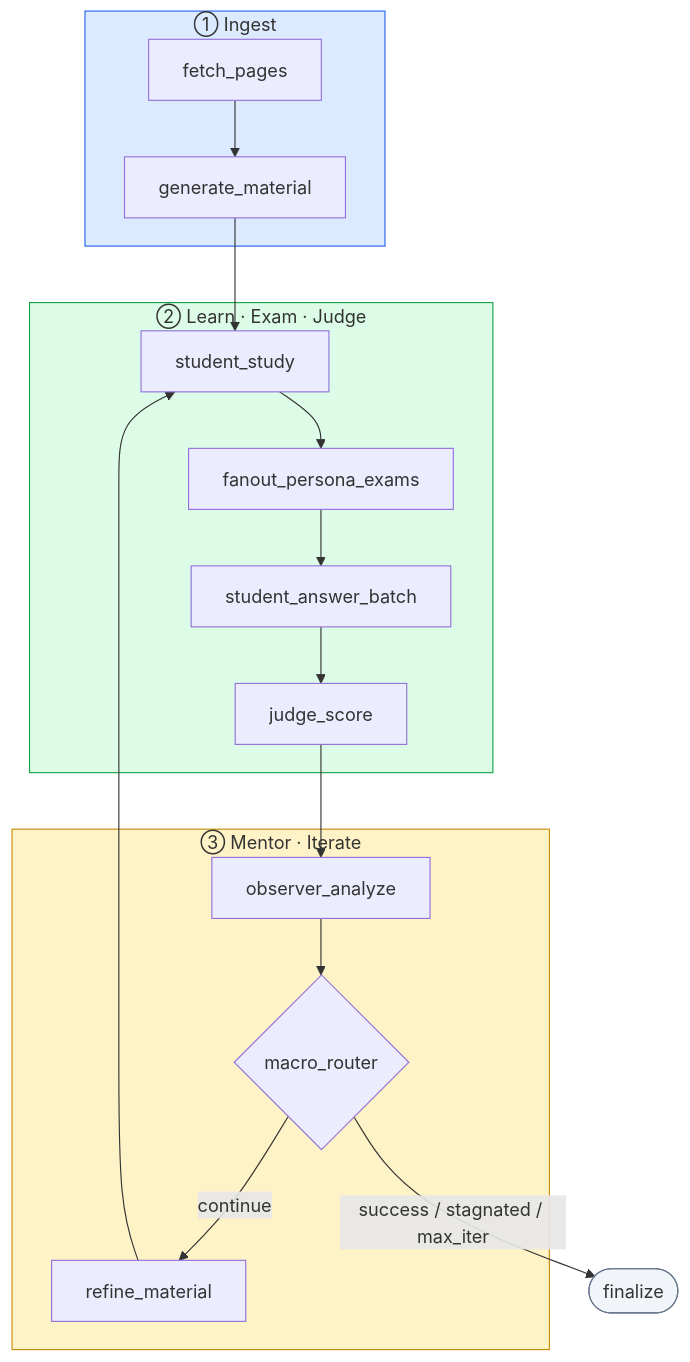
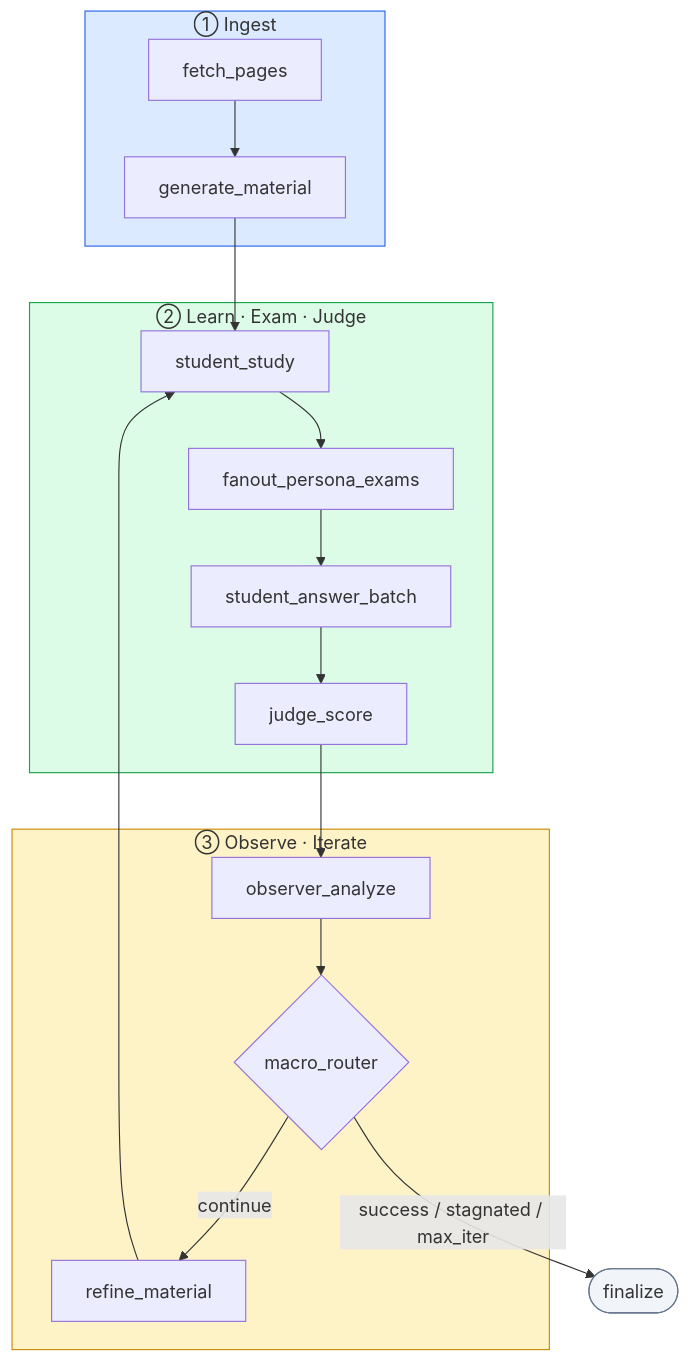
Before and after one commit to salted-butter-joshua/CogniForge: the first of 2 diagrams in learn-loop/README.md, drawn with Mermaid. The commit also changed other lines of this file and 54 other files, not shown here.

````diff
--- a/learn-loop/README.md
+++ b/learn-loop/README.md
@@ -65,31 +57,31 @@
 ```mermaid
 flowchart TB
     subgraph ingest ["① Ingest"]
         A1[fetch_pages]
         A2[generate_material]
     end
 
     subgraph cycle ["② Learn · Exam · Judge"]
         B1[student_study]
         B2[fanout_persona_exams]
         B3[student_answer_batch]
         B4[judge_score]
     end
 
-    subgraph mentor ["③ Mentor · Iterate"]
+    subgraph observe ["③ Observe · Iterate"]
         C1[observer_analyze]
         C2{macro_router}
         C3[refine_material]
     end
 
     FIN([finalize])
 
     A1 --> A2 --> B1 --> B2 --> B3 --> B4 --> C1 --> C2
     C2 -->|continue| C3 --> B1
     C2 -->|success / stagnated / max_iter| FIN
 
     style ingest fill:#dbeafe,stroke:#2563eb
     style cycle fill:#dcfce7,stroke:#16a34a
-    style mentor fill:#fef3c7,stroke:#ca8a04
+    style observe fill:#fef3c7,stroke:#ca8a04
     style FIN fill:#f1f5f9,stroke:#64748b
 ```
````
